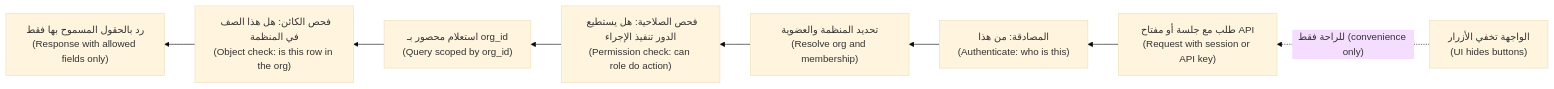
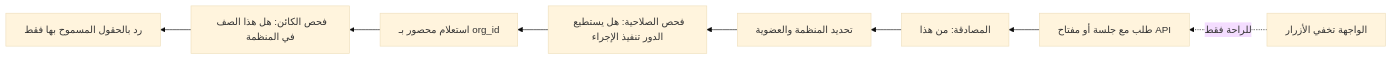
One commit to Tamoura/system-design-for-vibe-coders changed the fourth of 5 diagrams in saas/modules/01-identity-access.ar.md. Above: the diagram before and after it, drawn with Mermaid (base theme). The commit also changed other lines of this file and 551 other files, not shown here.

````diff
--- a/saas/modules/01-identity-access.ar.md
+++ b/saas/modules/01-identity-access.ar.md
@@ -684,10 +687,10 @@
 ```mermaid
 flowchart RL
-    R["طلب مع جلسة أو مفتاح API<br/>(Request with session or API key)"] --> AN["المصادقة: من هذا<br/>(Authenticate: who is this)"]
-    AN --> TN["تحديد المنظمة والعضوية<br/>(Resolve org and membership)"]
-    TN --> PC["فحص الصلاحية: هل يستطيع الدور تنفيذ الإجراء<br/>(Permission check: can role do action)"]
-    PC --> Q["استعلام محصور بـ org_id<br/>(Query scoped by org_id)"]
-    Q --> OC["فحص الكائن: هل هذا الصف في المنظمة<br/>(Object check: is this row in the org)"]
-    OC --> RES["رد بالحقول المسموح بها فقط<br/>(Response with allowed fields only)"]
-    UI["الواجهة تخفي الأزرار<br/>(UI hides buttons)"] -.->|"للراحة فقط (convenience only)"| R
+    R["طلب مع جلسة أو مفتاح API"] --> AN["المصادقة: من هذا"]
+    AN --> TN["تحديد المنظمة والعضوية"]
+    TN --> PC["فحص الصلاحية: هل يستطيع الدور تنفيذ الإجراء"]
+    PC --> Q["استعلام محصور بـ org_id"]
+    Q --> OC["فحص الكائن: هل هذا الصف في المنظمة"]
+    OC --> RES["رد بالحقول المسموح بها فقط"]
+    UI["الواجهة تخفي الأزرار"] -.->|"للراحة فقط"| R
 ```
````
